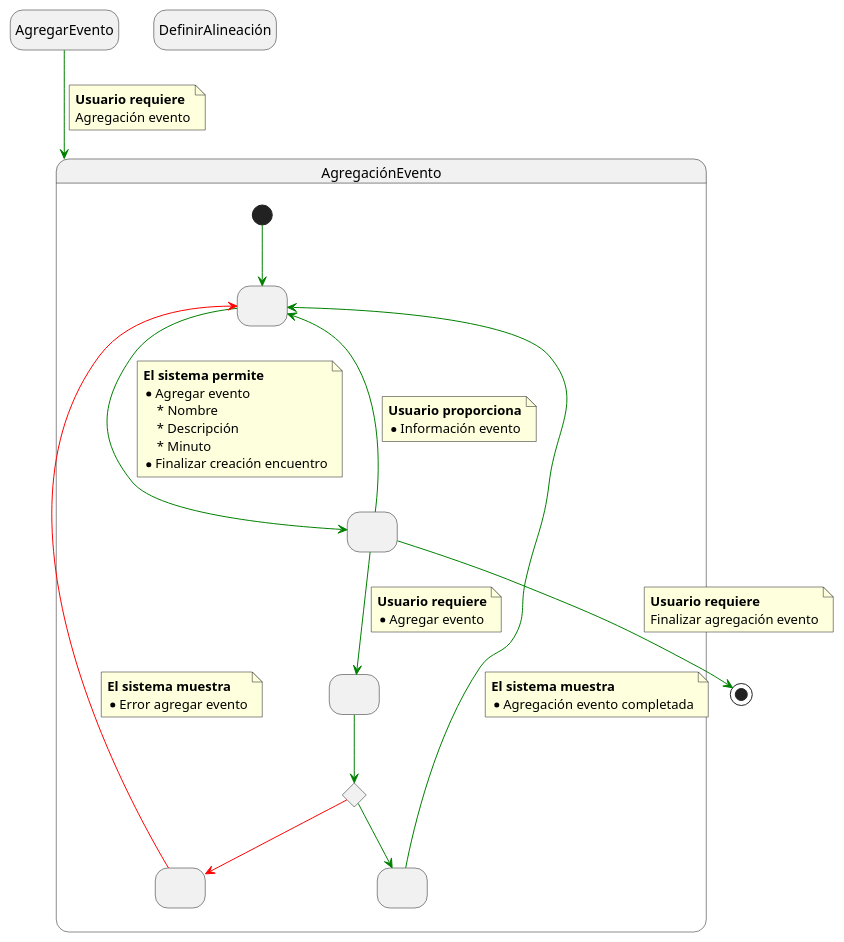
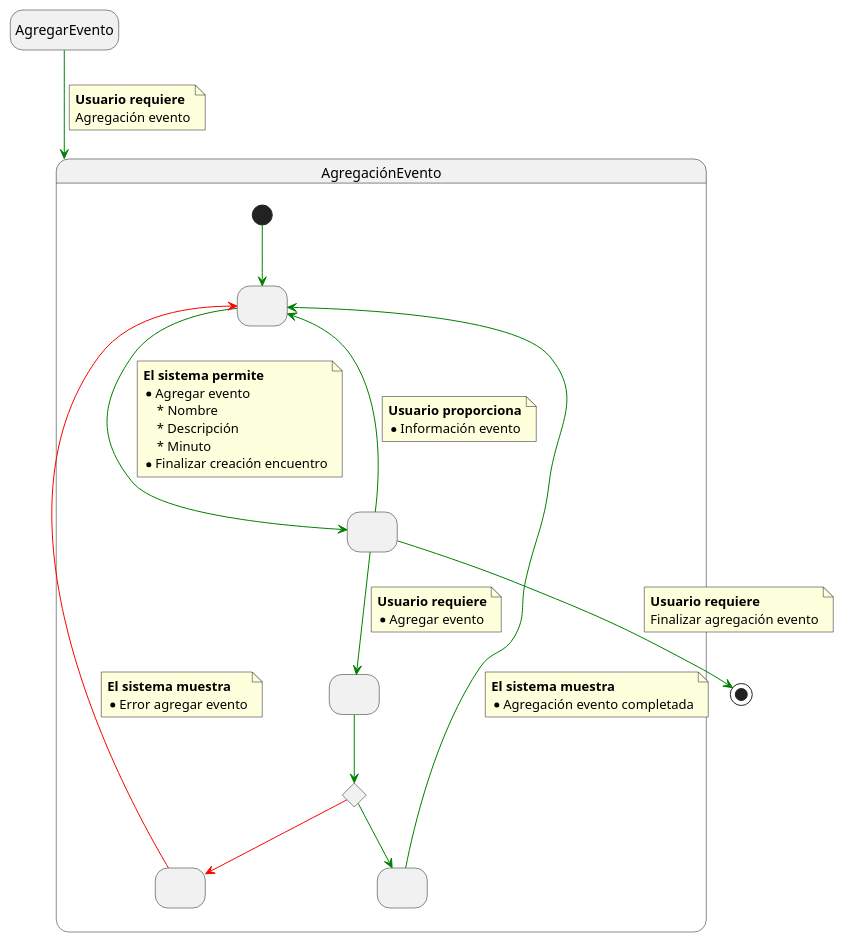
One commit to mmasias/IdSw1-22-23 changed the diagram in actividades/002-appFutbol/RuizJavier/CasosDeUsoDetallados/Códigos/AgregarEvento.puml. Above: the diagram before and after it, drawn with PlantUML.

```diff
--- a/actividades/002-appFutbol/RuizJavier/CasosDeUsoDetallados/Códigos/AgregarEvento.puml
+++ b/actividades/002-appFutbol/RuizJavier/CasosDeUsoDetallados/Códigos/AgregarEvento.puml
@@ -1,82 +1,82 @@
 @startuml 
 
 hide empty description
 
-State DefinirAlineación
+State AgregarEvento
 
 State AgregaciónEvento{ 
 
   State state1 as " "
   State state2 as " "
   State state3 as " "
   State state4 as " "
   State state5 as " "
 
 
   state c <<choice>>
 
   [*] -[#green]-> state1
 
   state1-[#green]-> state2
 
   note on link 
     <b>El sistema permite
     * Agregar evento
         * Nombre
         * Descripción
         * Minuto
     * Finalizar creación encuentro
   end note
 
   state2 -[#green]-> state1
  
   note on link 
     <b>Usuario proporciona
     * Información evento
   end note
 
   state2 -[#green]-> state3
   
   note on link 
     <b>Usuario requiere
     * Agregar evento
   end note
 
   state3 -[#green]-> c
 
   c -[#green]-> state4
 
   state4 -[#green]-> state1
   
   note on link 
     <b>El sistema muestra
     * Agregación evento completada
   end note
 
   c-[#red]-> state5
 
   state5 -l[#red]-> state1
 
   note on link 
     <b>El sistema muestra
     * Error agregar evento
   end note
 
 
 } 
 
 AgregarEvento-[#green]-> AgregaciónEvento
 
 note on link
  <b>Usuario requiere
  Agregación evento
 end note
 
 state2 -[#green]-> [*] 
 
 note on link
  <b>Usuario requiere
  Finalizar agregación evento
 end note
 
 @enduml
```
